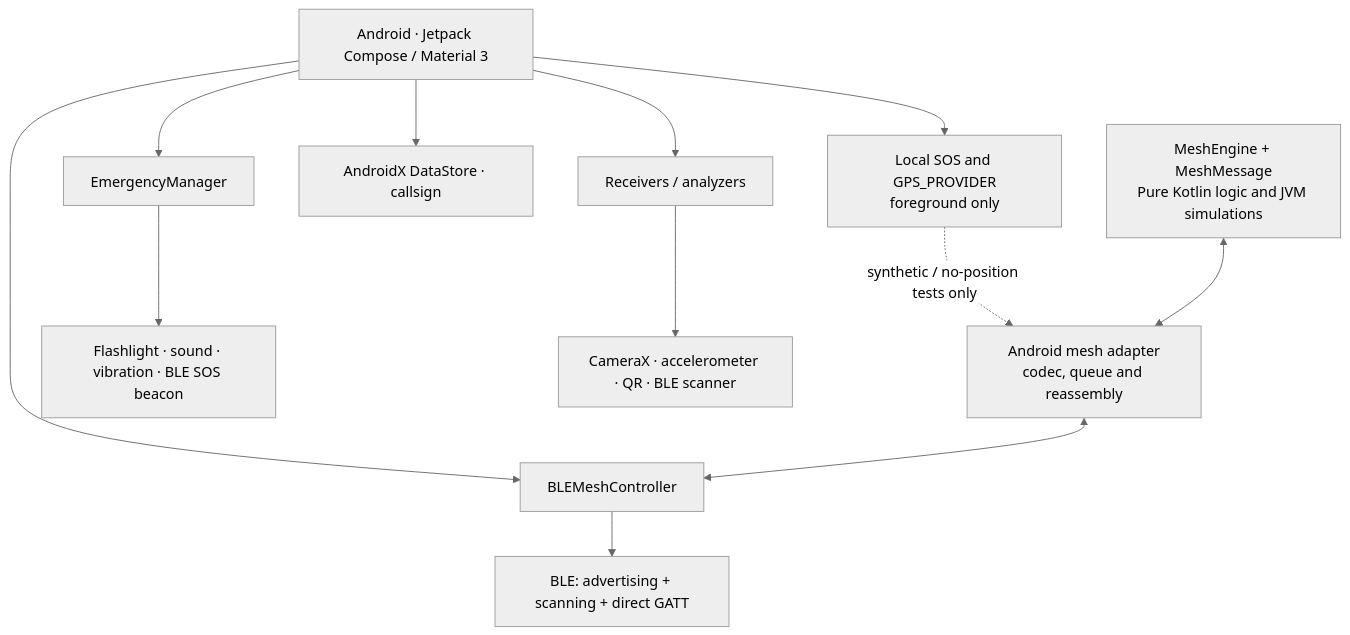
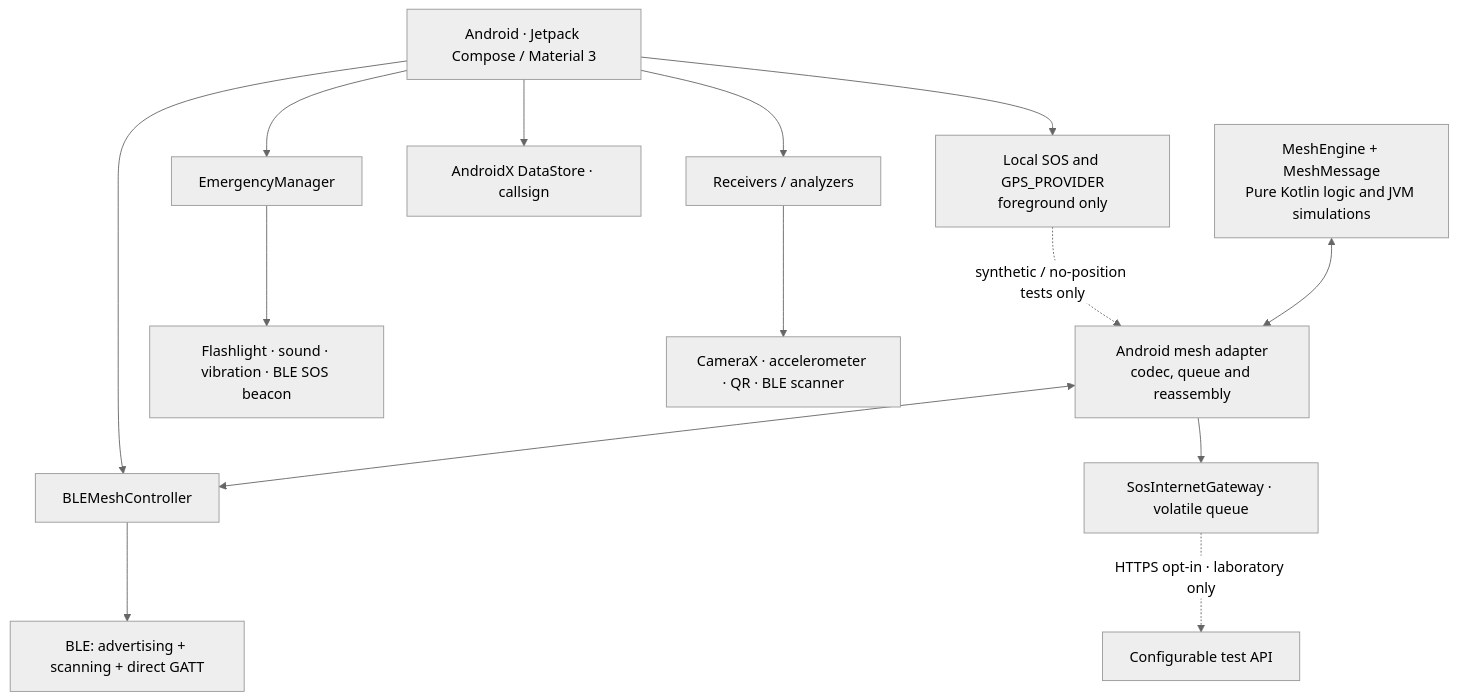
The fourth of 6 diagrams in README.md (NicoButter/beaconchat), drawn with Mermaid (neutral theme) before and after one commit. The commit also changed other lines of this file and 19 other files, not shown here.

First line of the commit message:
feat: add SosInternetGatewayDialog for experimental HTTPS gateway configuration

````diff
--- a/README.md
+++ b/README.md
@@ -237,16 +251,18 @@
 ```mermaid
 flowchart TB
     UI["Android · Jetpack Compose / Material 3"]
     UI --> EM["EmergencyManager"]
     UI --> BLE["BLEMeshController"]
     UI --> RX["Receivers / analyzers"]
     UI --> DS["AndroidX DataStore · callsign"]
     UI --> SOS["Local SOS and GPS_PROVIDER<br/>foreground only"]
     SOS -. "synthetic / no-position tests only" .-> MESH["Android mesh adapter<br/>codec, queue and reassembly"]
     EM --> SIGNAL["Flashlight · sound · vibration · BLE SOS beacon"]
     BLE --> DIRECT["BLE: advertising + scanning + direct GATT"]
     RX --> SENSORS["CameraX · accelerometer · QR · BLE scanner"]
     CORE["MeshEngine + MeshMessage<br/>Pure Kotlin logic and JVM simulations"]
     CORE <--> MESH
     MESH <--> BLE
+    MESH --> GW["SosInternetGateway · volatile queue"]
+    GW -. "HTTPS opt-in · laboratory only" .-> API["Configurable test API"]
 ```
````
